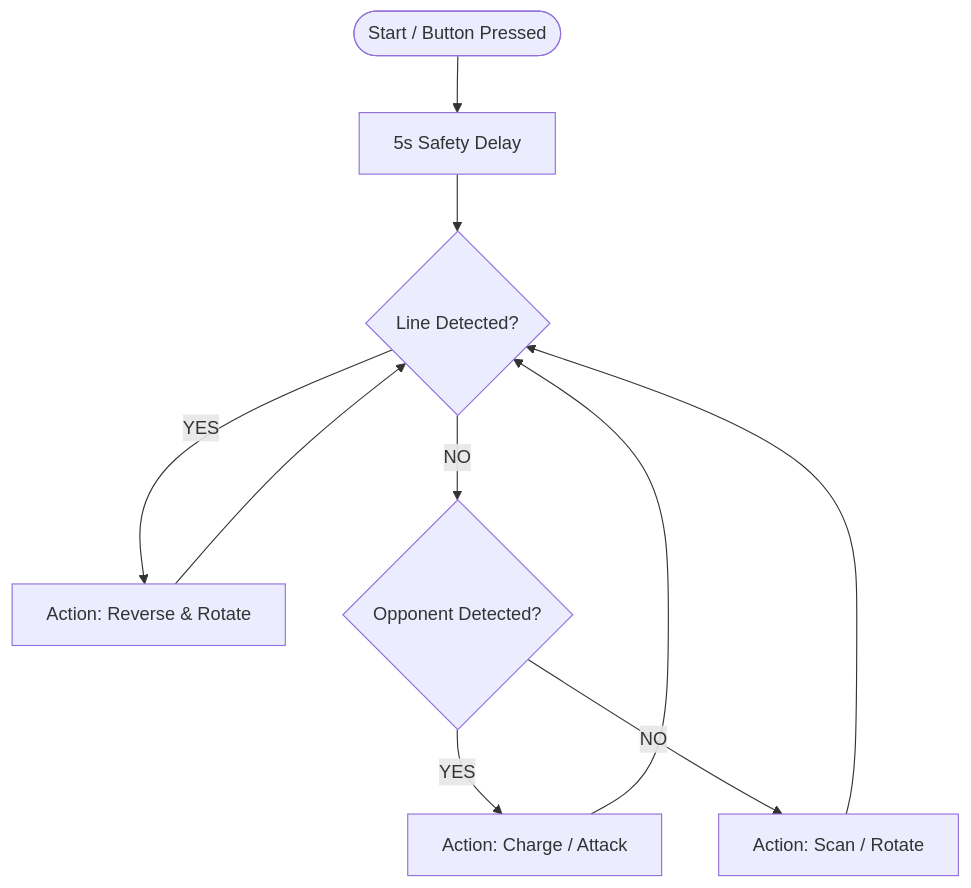
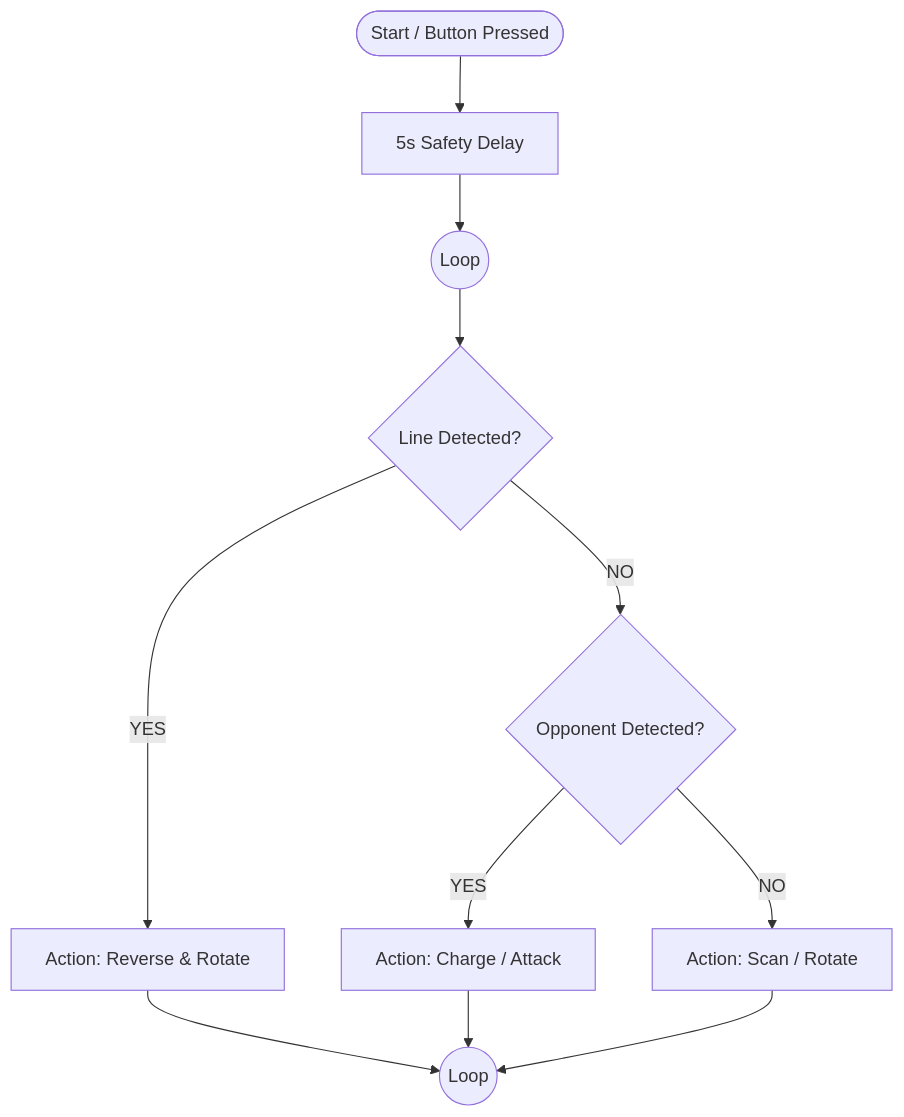
The diagram in README.md (CybAiR/minisumo_capibara), drawn with Mermaid before and after one commit.

Commit message:
Update README.md
docs: use flowchart connectors to mathematically eliminate all overlapping lines

````diff
--- a/README.md
+++ b/README.md
@@ -31,16 +31,17 @@
 ```mermaid
-graph TD
+flowchart TD
     A([Start / Button Pressed]) --> B[5s Safety Delay]
-    B --> C{Line Detected?}
+    B --> L1((Loop))
+    
+    L1 --> C{Line Detected?}
     
     C -- YES --> D[Action: Reverse & Rotate]
-    D --> C
-    
     C -- NO --> E{Opponent Detected?}
     
     E -- YES --> F[Action: Charge / Attack]
-    F --> C
+    E -- NO --> G[Action: Scan / Rotate]
     
-    E -- NO --> G[Action: Scan / Rotate]
-    G --> C
+    D --> L2((Loop))
+    F --> L2((Loop))
+    G --> L2((Loop))
 ```
````
